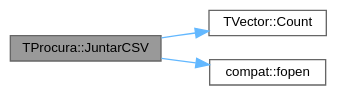
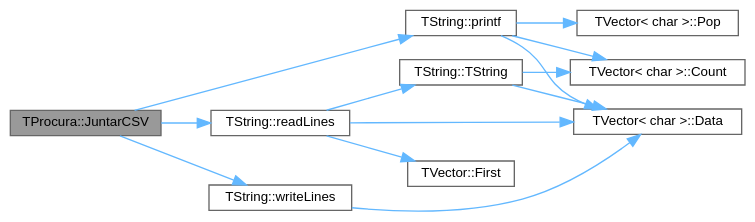
Before and after one commit to jcoelho72/TProcura: the diagram in classTProcura_a7a323608db4326cb4f9901e324881035_cgraph.dot, drawn with Graphviz. The commit also changed 335 other files, not shown here.

```diff
--- a/classTProcura_a7a323608db4326cb4f9901e324881035_cgraph.dot
+++ b/classTProcura_a7a323608db4326cb4f9901e324881035_cgraph.dot
@@ -1,13 +1,29 @@
 digraph "TProcura::JuntarCSV"
 {
  // LATEX_PDF_SIZE
   bgcolor="transparent";
   edge [fontname=Helvetica,fontsize=10,labelfontname=Helvetica,labelfontsize=10];
   node [fontname=Helvetica,fontsize=10,shape=box,height=0.2,width=0.4];
   rankdir="LR";
   Node1 [id="Node000001",label="TProcura::JuntarCSV",height=0.2,width=0.4,color="gray40", fillcolor="grey60", style="filled", fontcolor="black",tooltip="Juntar ficheiros CSV gerados por diferentes processos MPI em um único ficheiro."];
   Node1 -> Node2 [id="edge1_Node000001_Node000002",color="steelblue1",style="solid",tooltip=" "];
-  Node2 [id="Node000002",label="TVector::Count",height=0.2,width=0.4,color="grey40", fillcolor="white", style="filled",URL="$classTVector.html#ac3c744d84543ca6e32859eb7dfccfeef",tooltip=" "];
-  Node1 -> Node3 [id="edge2_Node000001_Node000003",color="steelblue1",style="solid",tooltip=" "];
-  Node3 [id="Node000003",label="compat::fopen",height=0.2,width=0.4,color="grey40", fillcolor="white", style="filled",URL="$namespacecompat.html#a00b22acc72899dbcb64f43ad8ec8b41d",tooltip=" "];
+  Node2 [id="Node000002",label="TString::printf",height=0.2,width=0.4,color="grey40", fillcolor="white", style="filled",URL="$classTString.html#a4b9a718839325a0e057bc6e2483d3f17",tooltip=" "];
+  Node2 -> Node3 [id="edge2_Node000002_Node000003",color="steelblue1",style="solid",tooltip=" "];
+  Node3 [id="Node000003",label="TVector\< char \>::Count",height=0.2,width=0.4,color="grey40", fillcolor="white", style="filled",URL="$classTVector.html#ac3c744d84543ca6e32859eb7dfccfeef",tooltip=" "];
+  Node2 -> Node4 [id="edge3_Node000002_Node000004",color="steelblue1",style="solid",tooltip=" "];
+  Node4 [id="Node000004",label="TVector\< char \>::Data",height=0.2,width=0.4,color="grey40", fillcolor="white", style="filled",URL="$classTVector.html#addd572d70b587092fddc21a8b0f53120",tooltip="Acesso direto."];
+  Node2 -> Node5 [id="edge4_Node000002_Node000005",color="steelblue1",style="solid",tooltip=" "];
+  Node5 [id="Node000005",label="TVector\< char \>::Pop",height=0.2,width=0.4,color="grey40", fillcolor="white", style="filled",URL="$classTVector.html#a3249913626d54e46b07e168ce1f05d87",tooltip=" "];
+  Node1 -> Node6 [id="edge5_Node000001_Node000006",color="steelblue1",style="solid",tooltip=" "];
+  Node6 [id="Node000006",label="TString::readLines",height=0.2,width=0.4,color="grey40", fillcolor="white", style="filled",URL="$classTString.html#ae7b848f7e090aae31886c8fd535e1055",tooltip=" "];
+  Node6 -> Node4 [id="edge6_Node000006_Node000004",color="steelblue1",style="solid",tooltip=" "];
+  Node6 -> Node7 [id="edge7_Node000006_Node000007",color="steelblue1",style="solid",tooltip=" "];
+  Node7 [id="Node000007",label="TVector::First",height=0.2,width=0.4,color="grey40", fillcolor="white", style="filled",URL="$classTVector.html#a05f29646493d42f3c77081b6031d70e5",tooltip=" "];
+  Node6 -> Node8 [id="edge8_Node000006_Node000008",color="steelblue1",style="solid",tooltip=" "];
+  Node8 [id="Node000008",label="TString::TString",height=0.2,width=0.4,color="grey40", fillcolor="white", style="filled",URL="$classTString.html#a2fb70d94c8fdba6d90145a01aec1ce3f",tooltip=" "];
+  Node8 -> Node3 [id="edge9_Node000008_Node000003",color="steelblue1",style="solid",tooltip=" "];
+  Node8 -> Node4 [id="edge10_Node000008_Node000004",color="steelblue1",style="solid",tooltip=" "];
+  Node1 -> Node9 [id="edge11_Node000001_Node000009",color="steelblue1",style="solid",tooltip=" "];
+  Node9 [id="Node000009",label="TString::writeLines",height=0.2,width=0.4,color="grey40", fillcolor="white", style="filled",URL="$classTString.html#af95d76252021ef33b1ff8748b73b236d",tooltip=" "];
+  Node9 -> Node4 [id="edge12_Node000009_Node000004",color="steelblue1",style="solid",tooltip=" "];
 }
```
